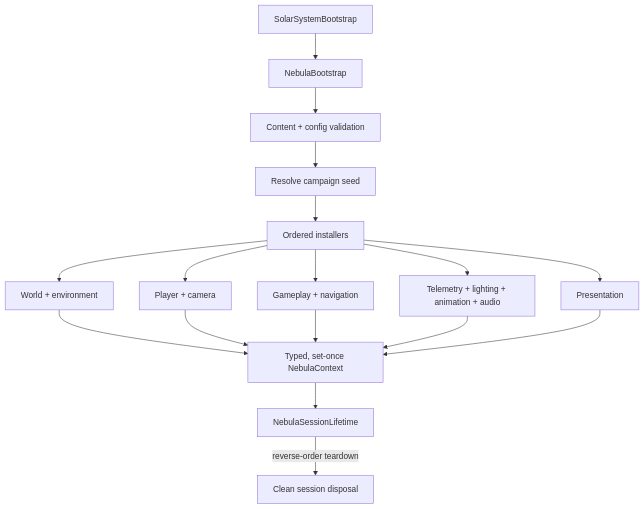
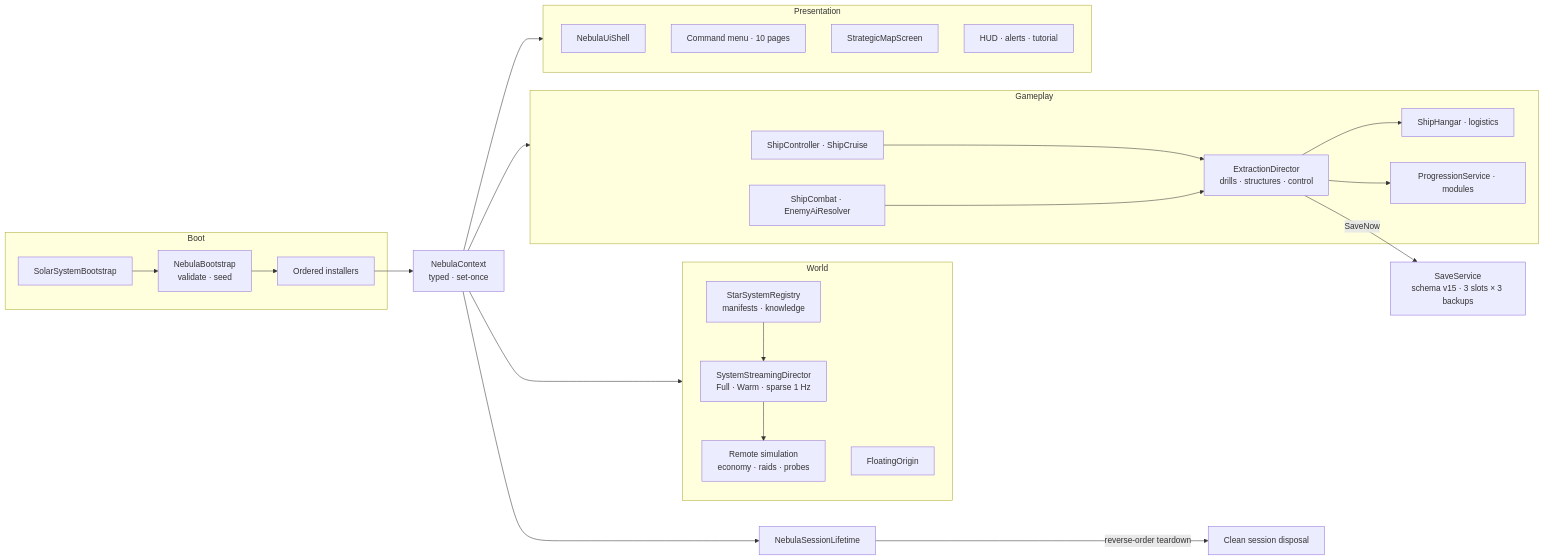
One commit to ErdemEmirOzer/Nebula changed the second of 3 diagrams in README.md. Above: the diagram before and after it, drawn with Mermaid. The commit also changed other lines of this file and 45 other files, not shown here.

````diff
--- a/README.md
+++ b/README.md
@@ -74,21 +295,41 @@
 ```mermaid
-flowchart TD
-    Entry["SolarSystemBootstrap"] --> Boot["NebulaBootstrap"]
-    Boot --> Validate["Content + config validation"]
-    Validate --> Seed["Resolve campaign seed"]
-    Seed --> Installers["Ordered installers"]
+flowchart LR
+    subgraph Boot["Boot"]
+        Entry["SolarSystemBootstrap"] --> Bootstrap["NebulaBootstrap<br/>validate · seed"]
+        Bootstrap --> Installers["Ordered installers"]
+    end
 
-    Installers --> World["World + environment"]
-    Installers --> Player["Player + camera"]
-    Installers --> Gameplay["Gameplay + navigation"]
-    Installers --> Services["Telemetry + lighting + animation + audio"]
-    Installers --> UI["Presentation"]
+    subgraph World["World"]
+        Registry["StarSystemRegistry<br/>manifests · knowledge"]
+        Streaming["SystemStreamingDirector<br/>Full · Warm · sparse 1 Hz"]
+        Remote["Remote simulation<br/>economy · raids · probes"]
+        Origin["FloatingOrigin"]
+    end
 
-    World --> Context["Typed, set-once NebulaContext"]
-    Player --> Context
-    Gameplay --> Context
-    Services --> Context
-    UI --> Context
+    subgraph Play["Gameplay"]
+        Ship["ShipController · ShipCruise"]
+        Extraction["ExtractionDirector<br/>drills · structures · control"]
+        Hangar["ShipHangar · logistics"]
+        Combat["ShipCombat · EnemyAiResolver"]
+        Progress["ProgressionService · modules"]
+    end
+
+    subgraph Pres["Presentation"]
+        Shell["NebulaUiShell"]
+        Menu["Command menu · 10 pages"]
+        Map["StrategicMapScreen"]
+        Hud["HUD · alerts · tutorial"]
+    end
+
+    Installers --> Context["NebulaContext<br/>typed · set-once"]
+    Context --> World
+    Context --> Play
+    Context --> Pres
+    Registry --> Streaming --> Remote
+    Ship --> Extraction --> Progress
+    Extraction --> Hangar
+    Combat --> Extraction
+    Extraction -->|SaveNow| Save["SaveService<br/>schema v15 · 3 slots × 3 backups"]
     Context --> Lifetime["NebulaSessionLifetime"]
     Lifetime -->|reverse-order teardown| Dispose["Clean session disposal"]
 ```
````
